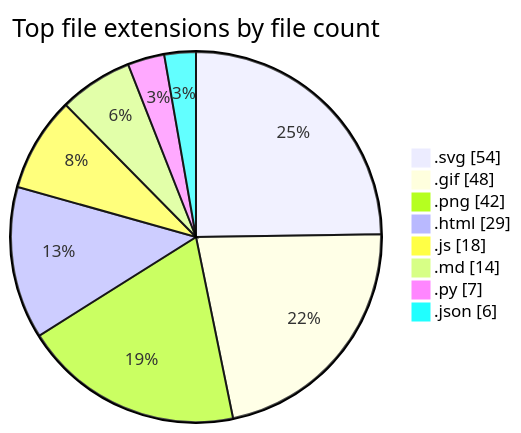
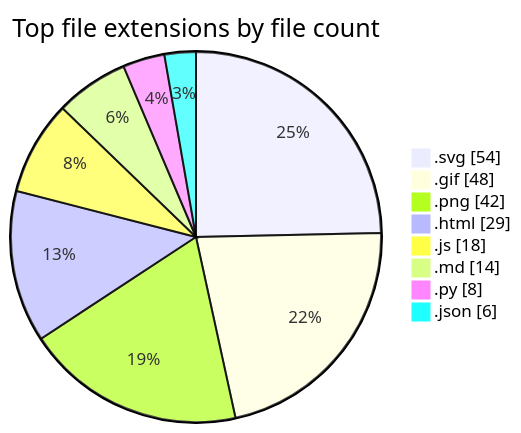
The second of 2 diagrams in README.md (tchinso/tchinso), drawn with Mermaid before and after one commit. The commit also changed other lines of this file, not shown here.

````diff
--- a/README.md
+++ b/README.md
@@ -46,12 +46,12 @@
 ```mermaid
 pie showData
     title Top file extensions by file count
     ".svg" : 54
     ".gif" : 48
     ".png" : 42
     ".html" : 29
     ".js" : 18
     ".md" : 14
-    ".py" : 7
+    ".py" : 8
     ".json" : 6
 ```
````
